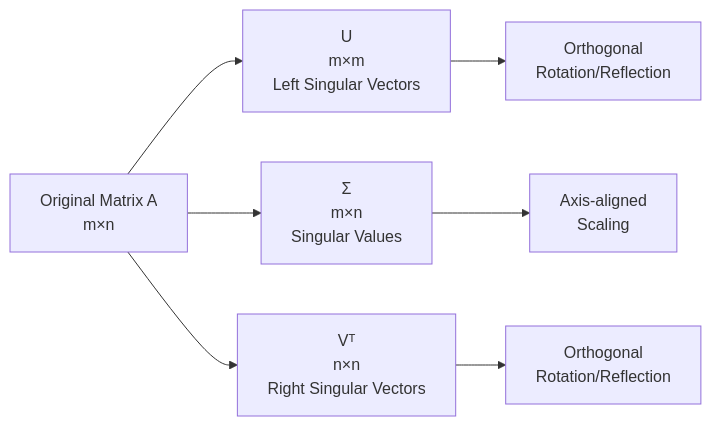
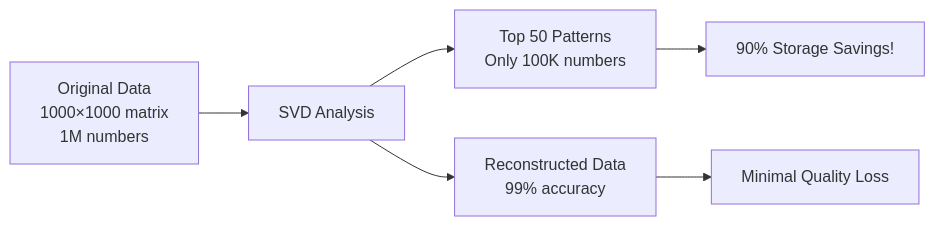
The third of 6 diagrams in docs/00_foundations/linear_algebra.md (amankumarcode/ai-agent-notes), drawn with Mermaid before and after one commit. The commit also changed other lines of this file, not shown here.

````diff
--- a/docs/00_foundations/linear_algebra.md
+++ b/docs/00_foundations/linear_algebra.md
@@ -122,10 +167,9 @@
 ```mermaid
 graph LR
-    A[Original Matrix A<br/>m×n] --> B[U<br/>m×m<br/>Left Singular Vectors]
-    A --> C[Σ<br/>m×n<br/>Singular Values]
-    A --> D[Vᵀ<br/>n×n<br/>Right Singular Vectors]
+    A[Original Data<br/>1000×1000 matrix<br/>1M numbers] --> B[SVD Analysis]
+    B --> C[Top 50 Patterns<br/>Only 100K numbers]
+    B --> D[Reconstructed Data<br/>99% accuracy]
     
-    B --> E[Orthogonal<br/>Rotation/Reflection]
-    C --> F[Axis-aligned<br/>Scaling]
-    D --> G[Orthogonal<br/>Rotation/Reflection]
+    C --> E[90% Storage Savings!]
+    D --> F[Minimal Quality Loss]
 ```
````
